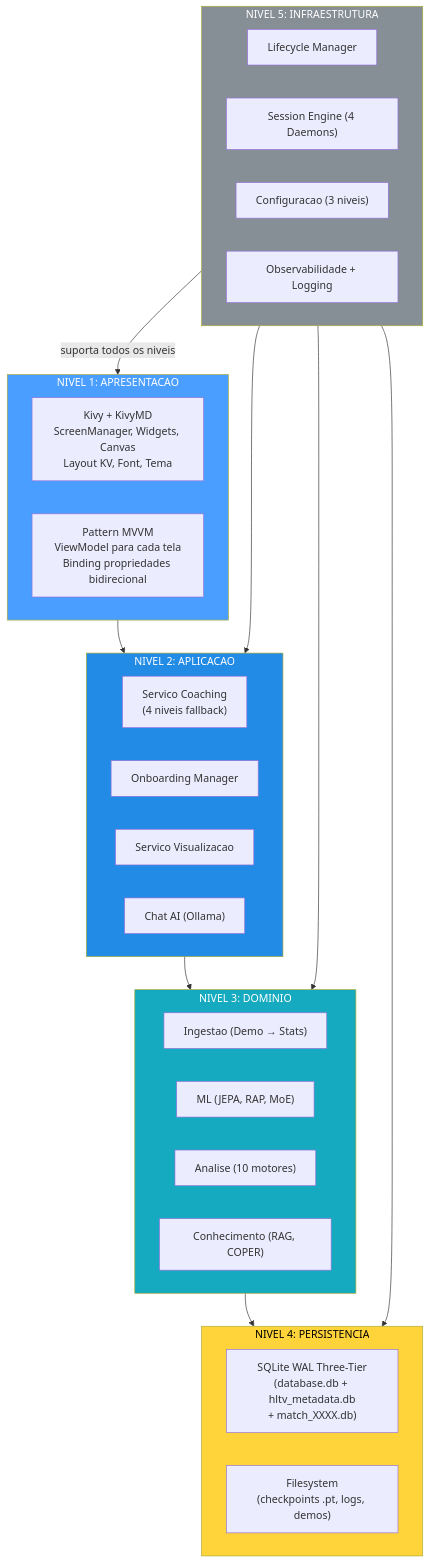
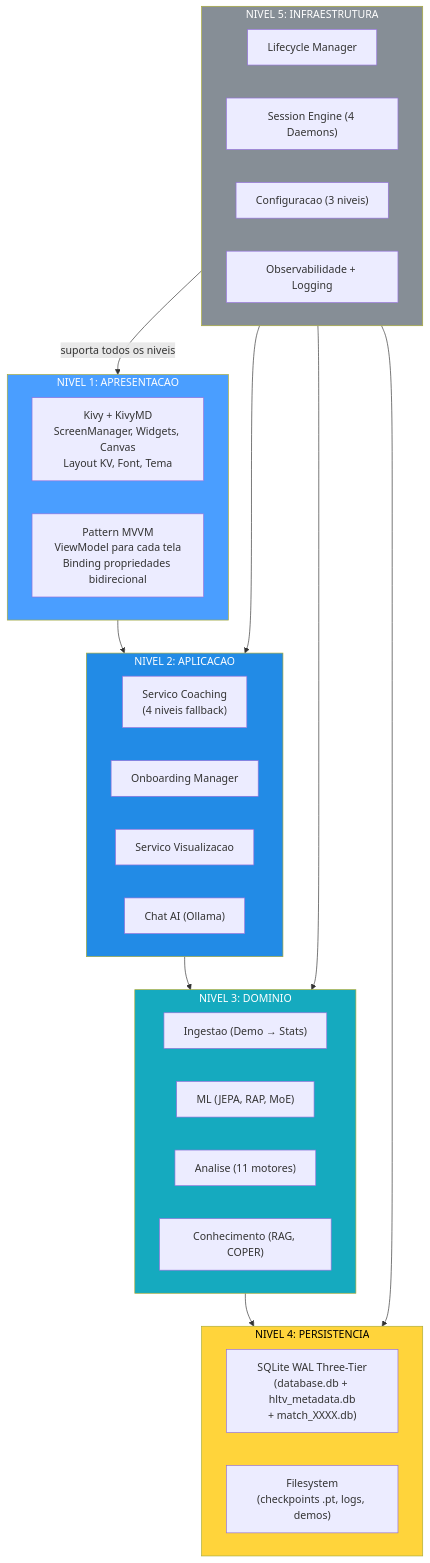
One commit to renanaugustomacena-ux/Counter-Strike-coach-AI changed diagram 52 of 55 in docs/books/Book-Coach-3-pt.md. Above: the diagram before and after it, drawn with Mermaid. The commit also changed other lines of this file and 29 other files, not shown here.

````diff
--- a/docs/books/Book-Coach-3-pt.md
+++ b/docs/books/Book-Coach-3-pt.md
@@ -2762,43 +2798,43 @@
 ```mermaid
 flowchart TB
     subgraph L1["NIVEL 1: APRESENTACAO"]
         KIVY["Kivy + KivyMD<br/>ScreenManager, Widgets, Canvas<br/>Layout KV, Font, Tema"]
         MVVM["Pattern MVVM<br/>ViewModel para cada tela<br/>Binding propriedades bidirecional"]
     end
     subgraph L2["NIVEL 2: APLICACAO"]
         COACHING["Servico Coaching<br/>(4 niveis fallback)"]
         ONBOARD["Onboarding Manager"]
         VIS["Servico Visualizacao"]
         CHAT["Chat AI (Ollama)"]
     end
     subgraph L3["NIVEL 3: DOMINIO"]
         INGEST["Ingestao (Demo → Stats)"]
         ML["ML (JEPA, RAP, MoE)"]
-        ANALYSIS["Analise (10 motores)"]
+        ANALYSIS["Analise (11 motores)"]
         KNOWLEDGE["Conhecimento (RAG, COPER)"]
     end
     subgraph L4["NIVEL 4: PERSISTENCIA"]
         SQLITE["SQLite WAL Three-Tier<br/>(database.db + hltv_metadata.db<br/>+ match_XXXX.db)"]
         FILES["Filesystem<br/>(checkpoints .pt, logs, demos)"]
     end
     subgraph L5["NIVEL 5: INFRAESTRUTURA"]
         LIFECYCLE["Lifecycle Manager"]
         SESSION["Session Engine (4 Daemons)"]
         CONFIG["Configuracao (3 niveis)"]
         LOGGING["Observabilidade + Logging"]
     end
 
     L1 --> L2
     L2 --> L3
     L3 --> L4
     L5 -->|"suporta todos os niveis"| L1
     L5 --> L2
     L5 --> L3
     L5 --> L4
 
     style L1 fill:#4a9eff,color:#fff
     style L2 fill:#228be6,color:#fff
     style L3 fill:#15aabf,color:#fff
     style L4 fill:#ffd43b,color:#000
     style L5 fill:#868e96,color:#fff
 ```
````
